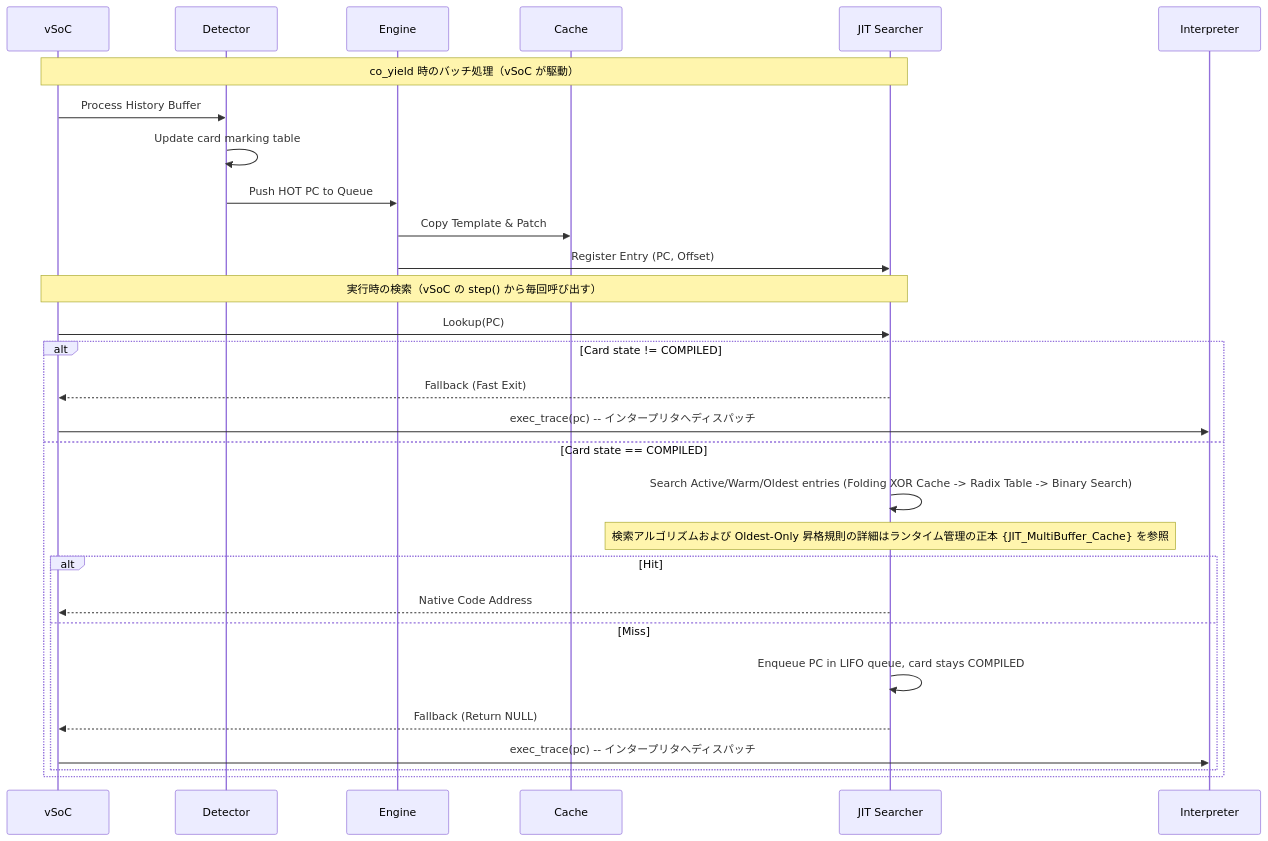
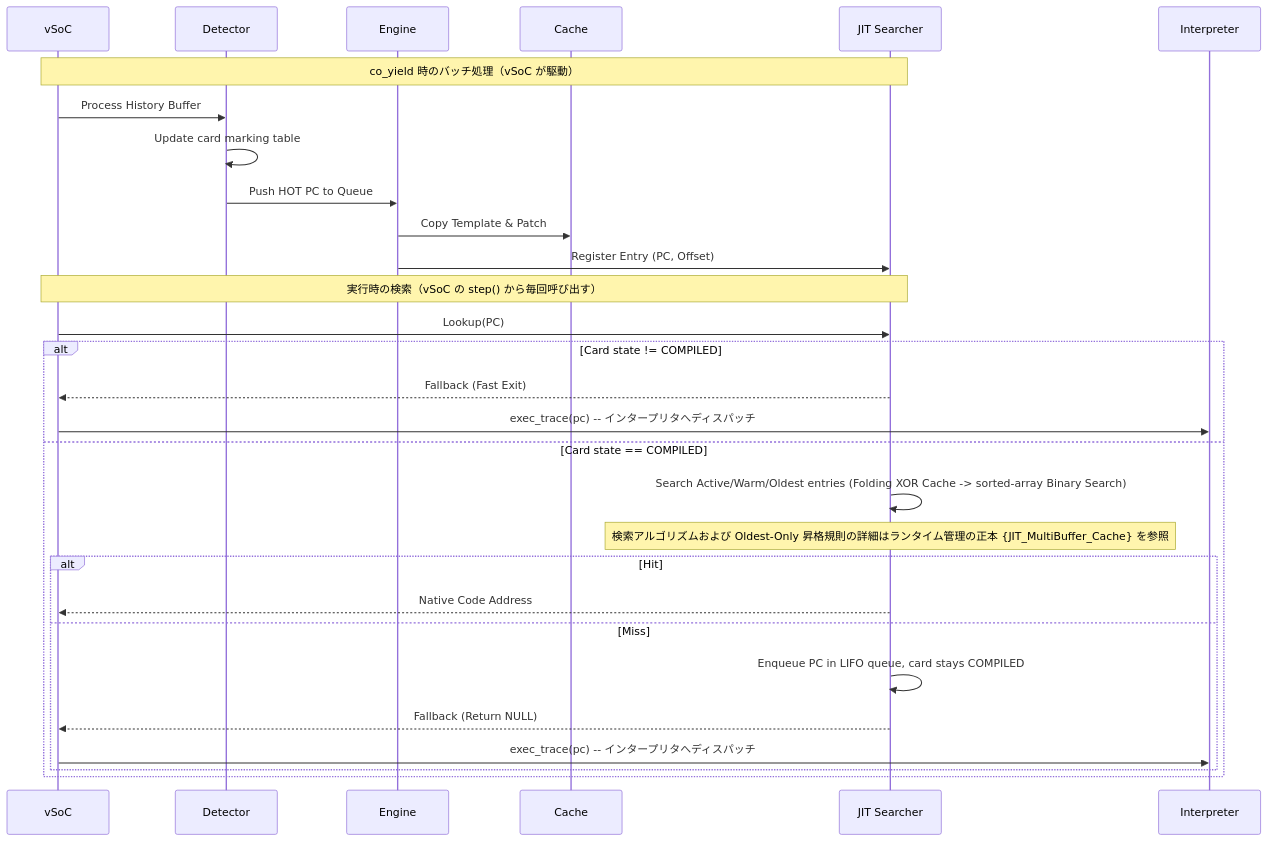
Before and after one commit to kmt-t/fireball: the fifth of 5 diagrams in docs/components/tier3_jit/jit_compiler.md, drawn with Mermaid. The commit also changed other lines of this file and 208 other files, not shown here.

Commit message:
Refactor project architecture and simplify implementation

````diff
--- a/docs/components/tier3_jit/jit_compiler.md
+++ b/docs/components/tier3_jit/jit_compiler.md
@@ -370,33 +381,33 @@
 ```mermaid
 sequenceDiagram
     participant V as vSoC
     participant D as Detector
     participant E as Engine
     participant C as Cache
     participant S as JIT Searcher
     participant I as Interpreter
 
     Note over V, S: co_yield 時のバッチ処理（vSoC が駆動）
     V->>D: Process History Buffer
     D->>D: Update card marking table
     D->>E: Push HOT PC to Queue
     E->>C: Copy Template & Patch
     E->>S: Register Entry (PC, Offset)
 
     Note over V, S: 実行時の検索（vSoC の step() から毎回呼び出す）
     V->>S: Lookup(PC)
     alt Card state != COMPILED
         S-->>V: Fallback (Fast Exit)
         V->>I: exec_trace(pc) -- インタープリタへディスパッチ
     else Card state == COMPILED
-        S->>S: Search Active/Warm/Oldest entries (Folding XOR Cache -> Radix Table -> Binary Search)
+        S->>S: Search Active/Warm/Oldest entries (Folding XOR Cache -> sorted-array Binary Search)
         Note over S: 検索アルゴリズムおよび Oldest-Only 昇格規則の詳細はランタイム管理の正本 {JIT_MultiBuffer_Cache} を参照
         alt Hit
             S-->>V: Native Code Address
         else Miss
             S->>S: Enqueue PC in LIFO queue, card stays COMPILED
             S-->>V: Fallback (Return NULL)
             V->>I: exec_trace(pc) -- インタープリタへディスパッチ
         end
     end
 ```
````
